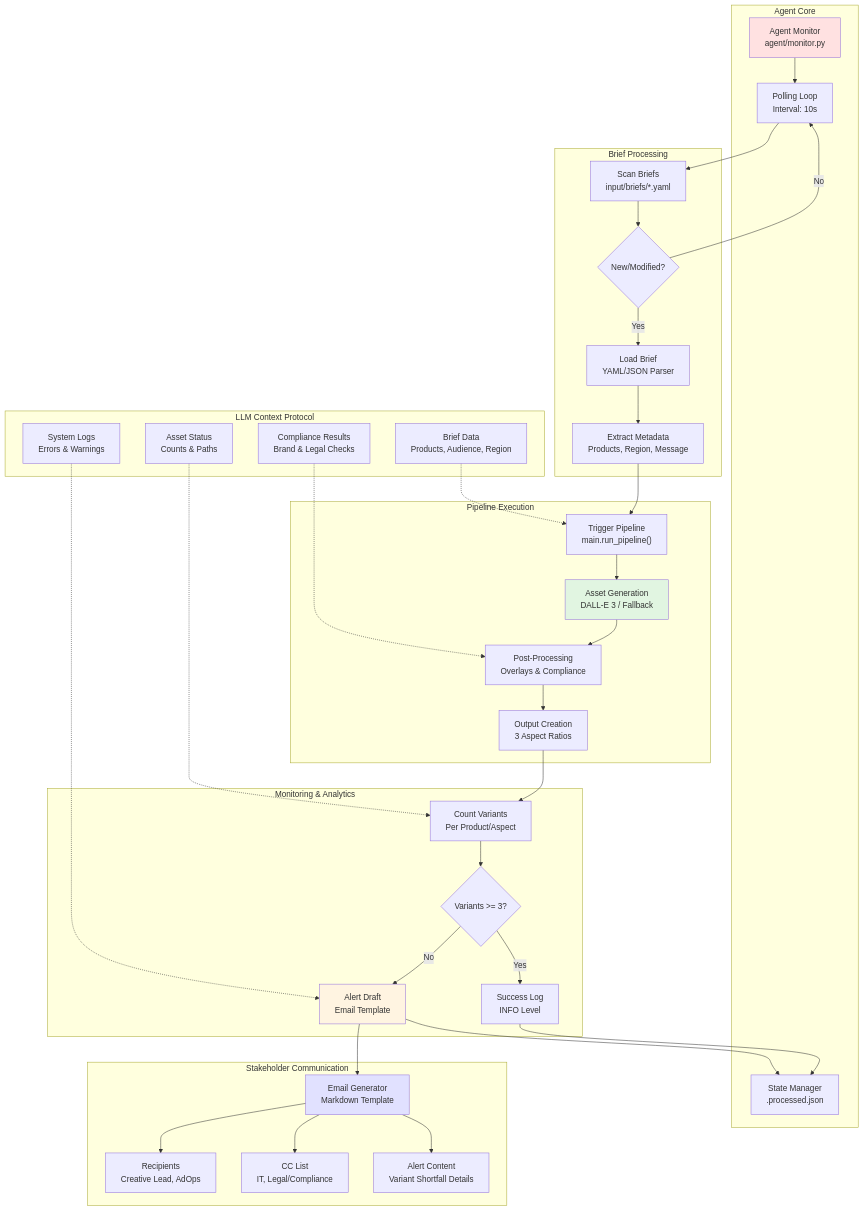
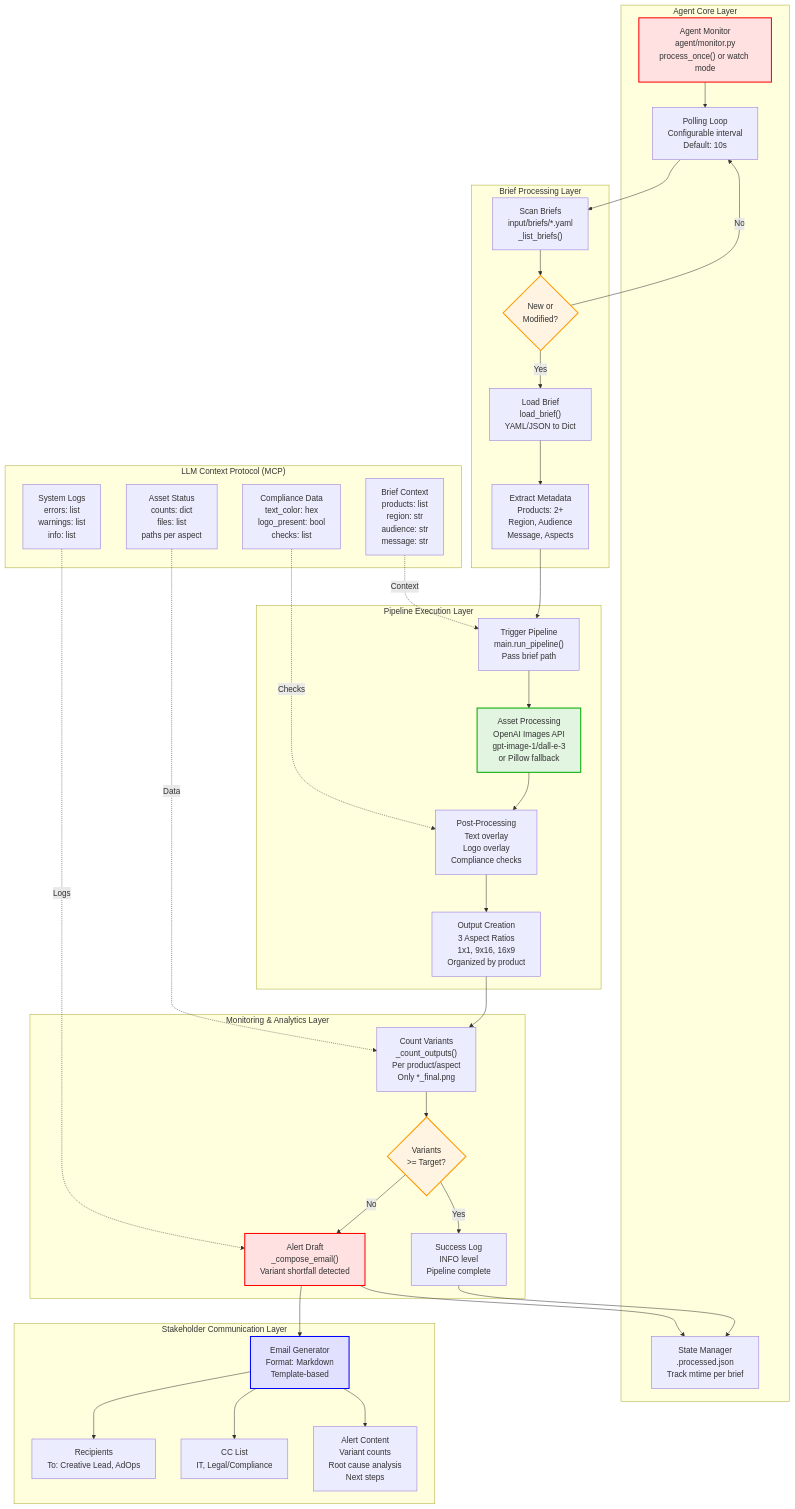
Before and after one commit to geciciserkan/adobe-poc: the diagram in docs/agentic_system_design.mmd, drawn with Mermaid. The commit also changed 8 other files, not shown here.

```diff
--- a/docs/agentic_system_design.mmd
+++ b/docs/agentic_system_design.mmd
@@ -1,73 +1,75 @@
 %% Mermaid diagram: AI Agent System Design & Orchestration
-flowchart TD
-  subgraph "Agent Core"
-    A["Agent Monitor<br/>agent/monitor.py"]
-    B["State Manager<br/>.processed.json"]
-    C["Polling Loop<br/>Interval: 10s"]
+flowchart TB
+  subgraph "Agent Core Layer"
+    A["Agent Monitor<br/>agent/monitor.py<br/>process_once() or watch mode"]
+    B["State Manager<br/>.processed.json<br/>Track mtime per brief"]
+    C["Polling Loop<br/>Configurable interval<br/>Default: 10s"]
   end
 
-  subgraph "Brief Processing"
-    D["Scan Briefs<br/>input/briefs/*.yaml"]
-    E{"New/Modified?"}
-    F["Load Brief<br/>YAML/JSON Parser"]
-    G["Extract Metadata<br/>Products, Region, Message"]
+  subgraph "Brief Processing Layer"
+    D["Scan Briefs<br/>input/briefs/*.yaml<br/>_list_briefs()"]
+    E{"New or<br/>Modified?"}
+    F["Load Brief<br/>load_brief()<br/>YAML/JSON to Dict"]
+    G["Extract Metadata<br/>Products: 2+<br/>Region, Audience<br/>Message, Aspects"]
   end
 
-  subgraph "Pipeline Execution"
-    H["Trigger Pipeline<br/>main.run_pipeline()"]
-    I["Asset Generation<br/>DALL-E 3 / Fallback"]
-    J["Post-Processing<br/>Overlays & Compliance"]
-    K["Output Creation<br/>3 Aspect Ratios"]
+  subgraph "Pipeline Execution Layer"
+    H["Trigger Pipeline<br/>main.run_pipeline()<br/>Pass brief path"]
+    I["Asset Processing<br/>OpenAI Images API<br/>gpt-image-1/dall-e-3<br/>or Pillow fallback"]
+    J["Post-Processing<br/>Text overlay<br/>Logo overlay<br/>Compliance checks"]
+    K["Output Creation<br/>3 Aspect Ratios<br/>1x1, 9x16, 16x9<br/>Organized by product"]
   end
 
-  subgraph "Monitoring & Analytics"
-    L["Count Variants<br/>Per Product/Aspect"]
-    M{"Variants >= 3?"}
-    N["Success Log<br/>INFO Level"]
-    O["Alert Draft<br/>Email Template"]
+  subgraph "Monitoring & Analytics Layer"
+    L["Count Variants<br/>_count_outputs()<br/>Per product/aspect<br/>Only *_final.png"]
+    M{"Variants<br/>>= Target?"}
+    N["Success Log<br/>INFO level<br/>Pipeline complete"]
+    O["Alert Draft<br/>_compose_email()<br/>Variant shortfall detected"]
   end
 
-  subgraph "LLM Context Protocol"
-    P["Brief Data<br/>Products, Audience, Region"]
-    Q["Asset Status<br/>Counts & Paths"]
-    R["Compliance Results<br/>Brand & Legal Checks"]
-    S["System Logs<br/>Errors & Warnings"]
+  subgraph "LLM Context Protocol (MCP)"
+    P["Brief Context<br/>products: list<br/>region: str<br/>audience: str<br/>message: str"]
+    Q["Asset Status<br/>counts: dict<br/>files: list<br/>paths per aspect"]
+    R["Compliance Data<br/>text_color: hex<br/>logo_present: bool<br/>checks: list"]
+    S["System Logs<br/>errors: list<br/>warnings: list<br/>info: list"]
   end
 
-  subgraph "Stakeholder Communication"
-    T["Email Generator<br/>Markdown Template"]
-    U["Recipients<br/>Creative Lead, AdOps"]
+  subgraph "Stakeholder Communication Layer"
+    T["Email Generator<br/>Format: Markdown<br/>Template-based"]
+    U["Recipients<br/>To: Creative Lead, AdOps"]
     V["CC List<br/>IT, Legal/Compliance"]
-    W["Alert Content<br/>Variant Shortfall Details"]
+    W["Alert Content<br/>Variant counts<br/>Root cause analysis<br/>Next steps"]
   end
 
   A --> C
   C --> D
   D --> E
   E -->|Yes| F
   E -->|No| C
   F --> G
   G --> H
   H --> I
   I --> J
   J --> K
   K --> L
   L --> M
   M -->|Yes| N
   M -->|No| O
   O --> T
   T --> U
   T --> V
   T --> W
   N --> B
   O --> B
   
-  P -.-> H
-  Q -.-> L
-  R -.-> J
-  S -.-> O
+  P -.->|Context| H
+  Q -.->|Data| L
+  R -.->|Checks| J
+  S -.->|Logs| O
   
-  style A fill:#ffe1e1
-  style I fill:#e1f5e1
-  style O fill:#fff4e1
-  style T fill:#e1e1ff
+  style A fill:#ffe1e1,stroke:#f00,stroke-width:2px
+  style E fill:#fff4e1,stroke:#f90,stroke-width:2px
+  style I fill:#e1f5e1,stroke:#0a0,stroke-width:2px
+  style M fill:#fff4e1,stroke:#f90,stroke-width:2px
+  style O fill:#ffe1e1,stroke:#f00,stroke-width:2px
+  style T fill:#e1e1ff,stroke:#00f,stroke-width:2px
```
